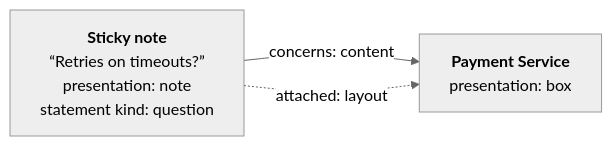
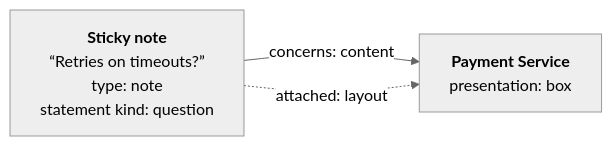
One commit to chdalski/abyme changed the diagram in docs/2 Concepts/Presentation.md. Above: the diagram before and after it, drawn with Mermaid (neutral theme). The commit also changed other lines of this file and 19 other files, not shown here.

First line of the commit message:
feat(canvas): show an element of type note as a sticky note

````diff
--- a/docs/2 Concepts/Presentation.md
+++ b/docs/2 Concepts/Presentation.md
@@ -38,8 +38,8 @@
 ```mermaid
 flowchart LR
-    note["<b>Sticky note</b><br>“Retries on timeouts?”<br>presentation: note<br>statement kind: question"]
+    note["<b>Sticky note</b><br>“Retries on timeouts?”<br>type: note<br>statement kind: question"]
     box["<b>Payment Service</b><br>presentation: box"]
 
     note -->|"concerns: content"| box
     note -.->|"attached: layout"| box
 ```
````
